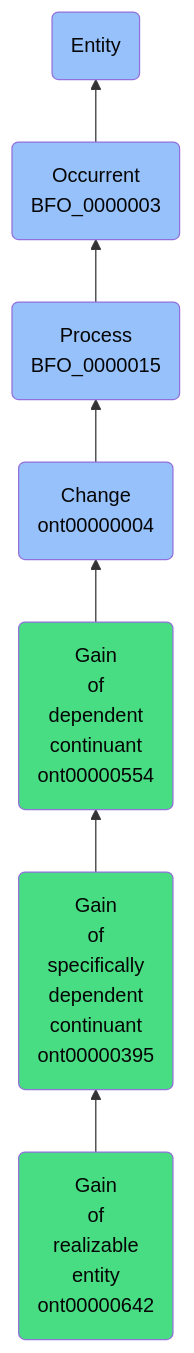
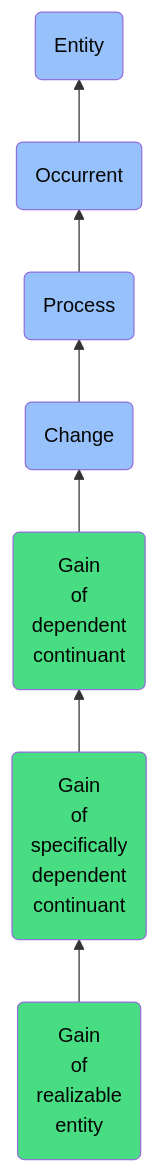
Before and after one commit to jupyter-naas/abi: the diagram in docs/ontology/reference/model/Entity/Occurrent/Process/Change/Gain of dependent continuant/Gain of specifically dependent continuant/Gain of realizable entity/Gain of realizable entity.md, drawn with Mermaid. The commit also changed other lines of this file and 1430 other files, not shown here.

````diff
--- a/docs/ontology/reference/model/Entity/Occurrent/Process/Change/Gain of dependent continuant/Gain of specifically dependent continuant/Gain of realizable entity/Gain of realizable entity.md
+++ b/docs/ontology/reference/model/Entity/Occurrent/Process/Change/Gain of dependent continuant/Gain of specifically dependent continuant/Gain of realizable entity/Gain of realizable entity.md
@@ -24,14 +24,14 @@
 ```mermaid
 graph BT
-    ont00000642(Gain<br>of<br>realizable<br>entity<br>ont00000642):::ABI-->ont00000395
-    ont00000395(Gain<br>of<br>specifically<br>dependent<br>continuant<br>ont00000395):::ABI-->ont00000554
-    ont00000554(Gain<br>of<br>dependent<br>continuant<br>ont00000554):::ABI-->ont00000004
-    ont00000004(Change<br>ont00000004):::BFO-->BFO_0000015
-    BFO_0000015(Process<br>BFO_0000015):::BFO-->BFO_0000003
-    BFO_0000003(Occurrent<br>BFO_0000003):::BFO-->BFO_0000001
+    ont00000642(Gain<br>of<br>realizable<br>entity):::ABI-->ont00000395
+    ont00000395(Gain<br>of<br>specifically<br>dependent<br>continuant):::ABI-->ont00000554
+    ont00000554(Gain<br>of<br>dependent<br>continuant):::ABI-->ont00000004
+    ont00000004(Change):::BFO-->BFO_0000015
+    BFO_0000015(Process):::BFO-->BFO_0000003
+    BFO_0000003(Occurrent):::BFO-->BFO_0000001
     BFO_0000001(Entity):::BFO
     
     classDef BFO fill:#97c1fb,color:#060606
     classDef CCO fill:#e4c51e,color:#060606
     classDef ABI fill:#48DD82,color:#060606
 ```
````
